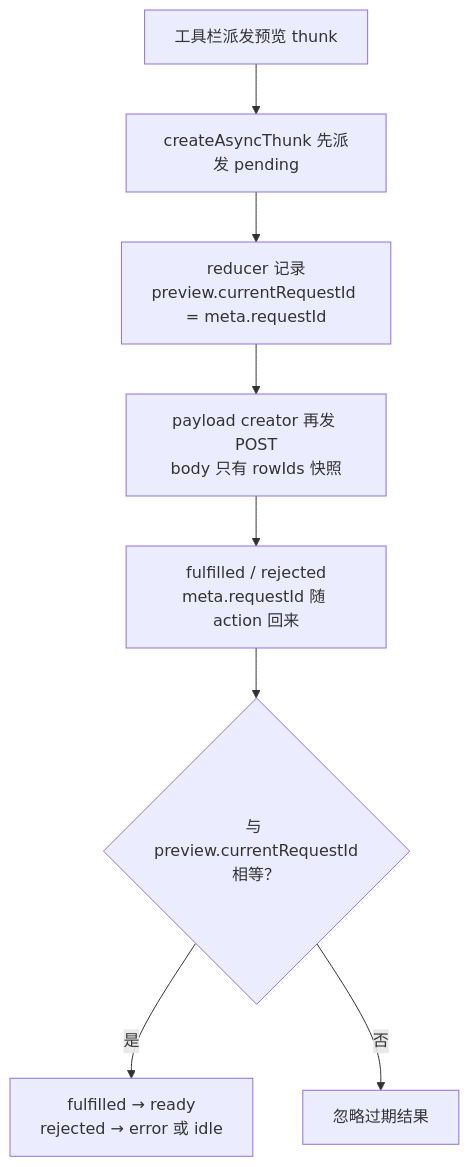
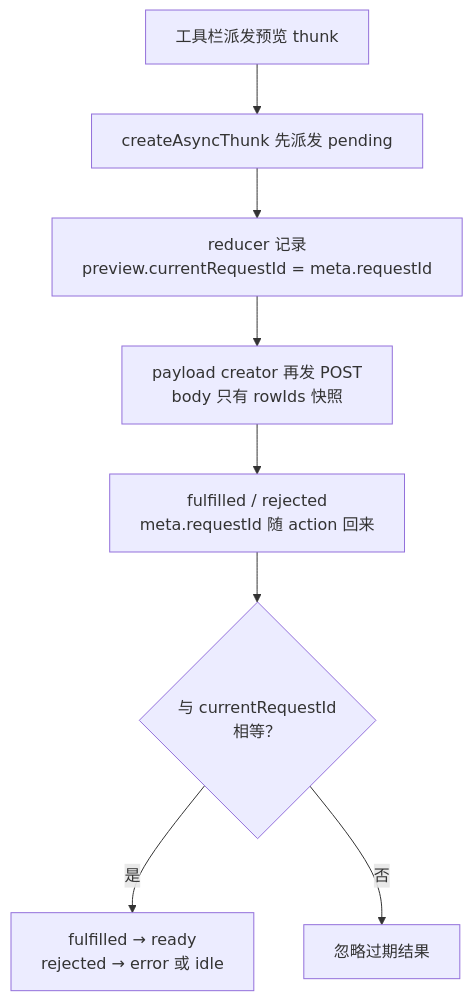
The diagram in frontend/ui-state/redux-state-and-async-workflows.md (Negronii/MyNotes), drawn with Mermaid before and after one commit. The commit also changed 220 other files, not shown here.

First line of the commit message:
Replace prose-heavy explanations with figures and fix existing diagrams

```diff
--- a/frontend/ui-state/redux-state-and-async-workflows.md
+++ b/frontend/ui-state/redux-state-and-async-workflows.md
@@ -57,10 +57,11 @@
 ~~~mermaid
+%%{init: {"flowchart": {"wrappingWidth": 400}}}%%
 flowchart TD
     CLICK["工具栏派发预览 thunk"] --> PENDING["createAsyncThunk 先派发 pending"]
     PENDING --> SAVE["reducer 记录<br/>preview.currentRequestId = meta.requestId"]
     SAVE --> POST["payload creator 再发 POST<br/>body 只有 rowIds 快照"]
     POST --> DONE["fulfilled / rejected<br/>meta.requestId 随 action 回来"]
-    DONE --> CHECK{"与 preview.currentRequestId<br/>相等？"}
+    DONE --> CHECK{"与 currentRequestId<br/>相等？"}
     CHECK -->|是| APPLY["fulfilled → ready<br/>rejected → error 或 idle"]
     CHECK -->|否| IGNORE["忽略过期结果"]
 ~~~
```
